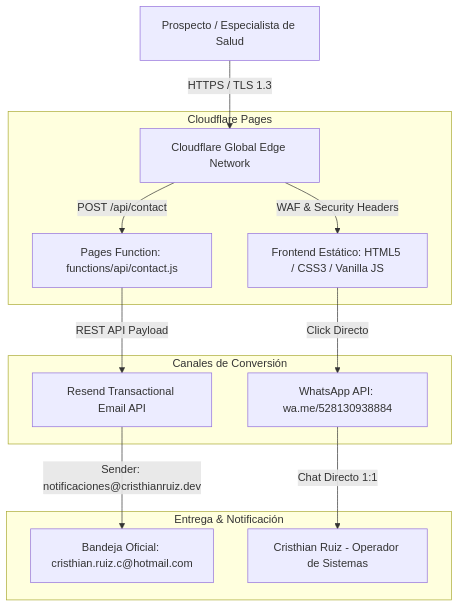
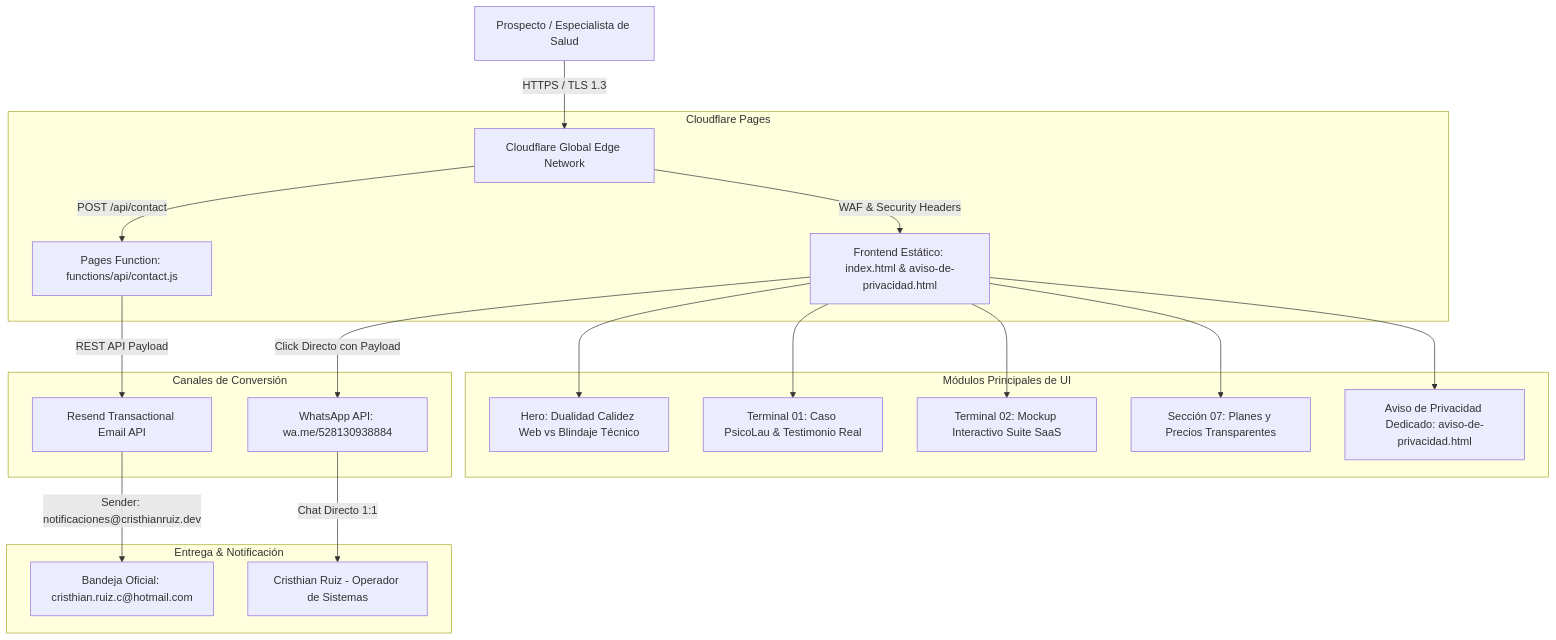
The diagram in overview/architecture.md (CristhianRuiz24/CristhianRuiz.Dev), drawn with Mermaid before and after one commit. The commit also changed other lines of this file and 1 other file, not shown here.

Commit message:
docs: close session and update architecture with pricing, privacy and SaaS mockup

````diff
--- a/overview/architecture.md
+++ b/overview/architecture.md
@@ -5,19 +5,27 @@
 ```mermaid
 graph TD
     Client[Prospecto / Especialista de Salud] -->|HTTPS / TLS 1.3| Edge[Cloudflare Global Edge Network]
     
     subgraph Cloudflare Pages
-        Edge -->|WAF & Security Headers| StaticHost[Frontend Estático: HTML5 / CSS3 / Vanilla JS]
+        Edge -->|WAF & Security Headers| StaticHost[Frontend Estático: index.html & aviso-de-privacidad.html]
         Edge -->|POST /api/contact| EdgeFunction[Pages Function: functions/api/contact.js]
     end
 
+    subgraph Módulos Principales de UI
+        StaticHost --> Hero[Hero: Dualidad Calidez Web vs Blindaje Técnico]
+        StaticHost --> CaseStudy[Terminal 01: Caso PsicoLau & Testimonio Real]
+        StaticHost --> ClinicalSuite[Terminal 02: Mockup Interactivo Suite SaaS]
+        StaticHost --> PricingSec[Sección 07: Planes y Precios Transparentes]
+        StaticHost --> PrivacyPage[Aviso de Privacidad Dedicado: aviso-de-privacidad.html]
+    end
+
     subgraph Canales de Conversión
-        StaticHost -->|Click Directo| WhatsApp[WhatsApp API: wa.me/528130938884]
+        StaticHost -->|Click Directo con Payload| WhatsApp[WhatsApp API: wa.me/528130938884]
         EdgeFunction -->|REST API Payload| ResendAPI[Resend Transactional Email API]
     end
 
     subgraph Entrega & Notificación
         ResendAPI -->|Sender: notificaciones@cristhianruiz.dev| Inbox[Bandeja Oficial: cristhian.ruiz.c@hotmail.com]
         WhatsApp -->|Chat Directo 1:1| Mobile[Cristhian Ruiz - Operador de Sistemas]
     end
 ```
````
